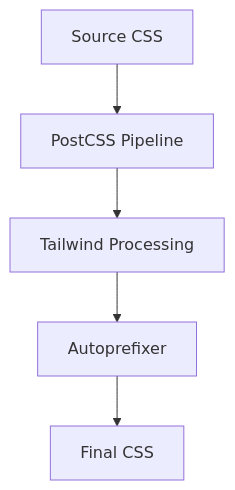
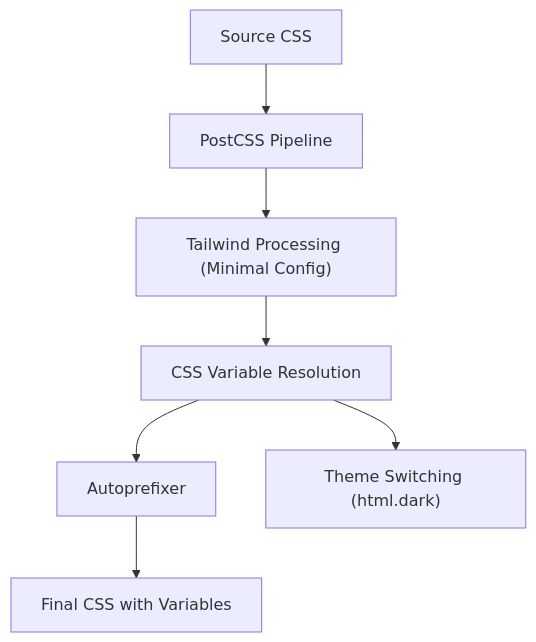
The seventh of 9 diagrams in .qoder/repowiki/en/content/Architecture Overview/Build System & Deployment Strategy.md (delirium-dj/modelcomp), drawn with Mermaid before and after one commit. The commit also changed other lines of this file and 22 other files, not shown here.

````diff
--- a/.qoder/repowiki/en/content/Architecture Overview/Build System & Deployment Strategy.md
+++ b/.qoder/repowiki/en/content/Architecture Overview/Build System & Deployment Strategy.md
@@ -227,7 +244,9 @@
 ```mermaid
 flowchart TD
 Source["Source CSS"] --> PostCSS["PostCSS Pipeline"]
-PostCSS --> Tailwind["Tailwind Processing"]
-Tailwind --> Autoprefix["Autoprefixer"]
-Autoprefix --> Output["Final CSS"]
+PostCSS --> Tailwind["Tailwind Processing (Minimal Config)"]
+Tailwind --> CSSVars["CSS Variable Resolution"]
+CSSVars --> Autoprefix["Autoprefixer"]
+Autoprefix --> Output["Final CSS with Variables"]
+CSSVars --> ThemeSwitch["Theme Switching (html.dark)"]
 ```
````
